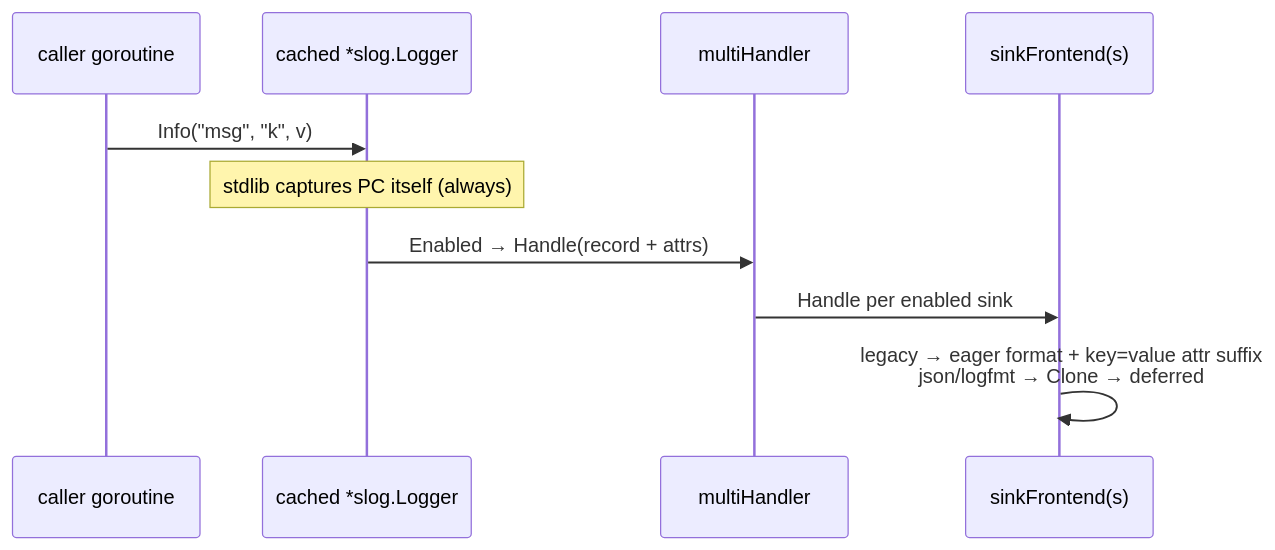
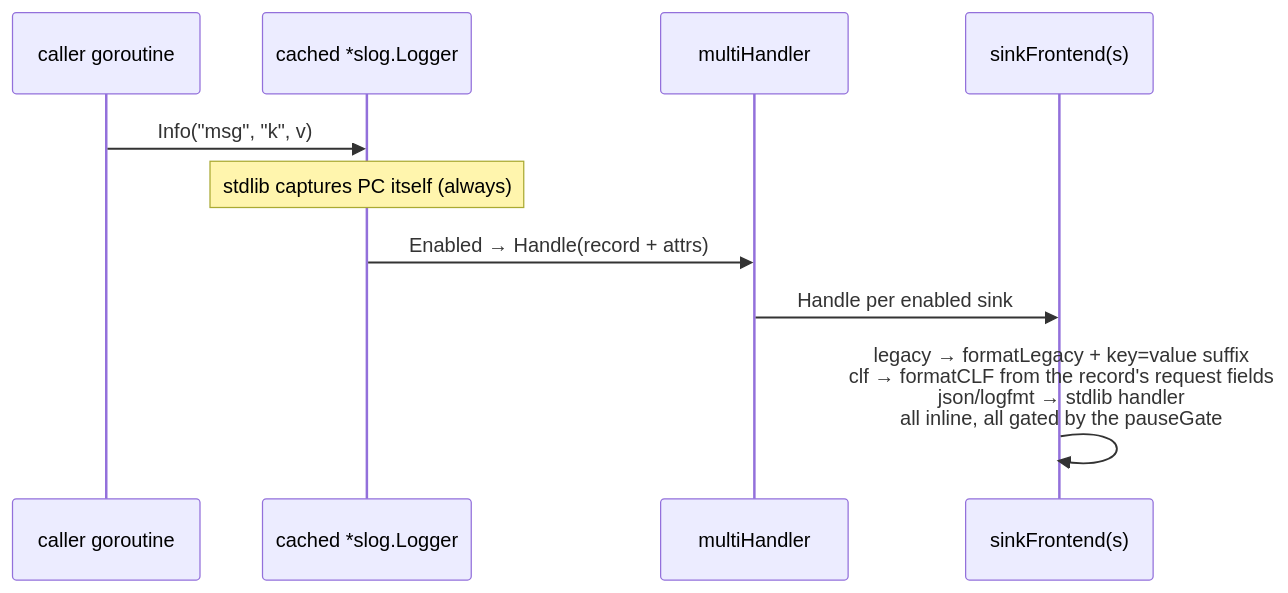
One commit to TheFox0x7/gitea changed the third of 3 diagrams in slog_new_design.md. Above: the diagram before and after it, drawn with Mermaid. The commit also changed other lines of this file and 12 other files, not shown here.

````diff
--- a/slog_new_design.md
+++ b/slog_new_design.md
@@ -137,13 +235,13 @@
 ```mermaid
 sequenceDiagram
     participant C as caller goroutine
     participant S as cached *slog.Logger
     participant MH as multiHandler
     participant F as sinkFrontend(s)
 
     C->>S: Info("msg", "k", v)
     Note over S: stdlib captures PC itself (always)
     S->>MH: Enabled → Handle(record + attrs)
     MH->>F: Handle per enabled sink
-    F->>F: legacy → eager format + key=value attr suffix<br/>json/logfmt → Clone → deferred
+    F->>F: legacy → formatLegacy + key=value suffix<br/>clf → formatCLF from the record's request fields<br/>json/logfmt → stdlib handler<br/>all inline, all gated by the pauseGate
 ```
````
